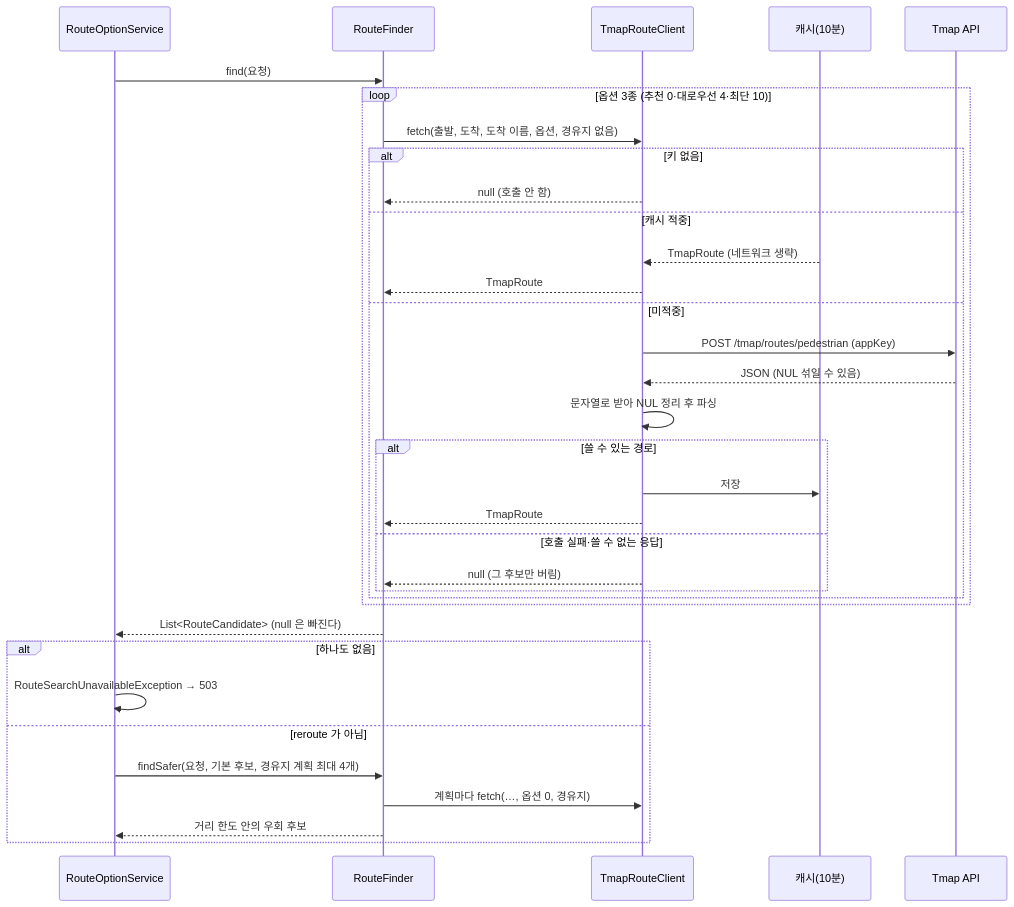
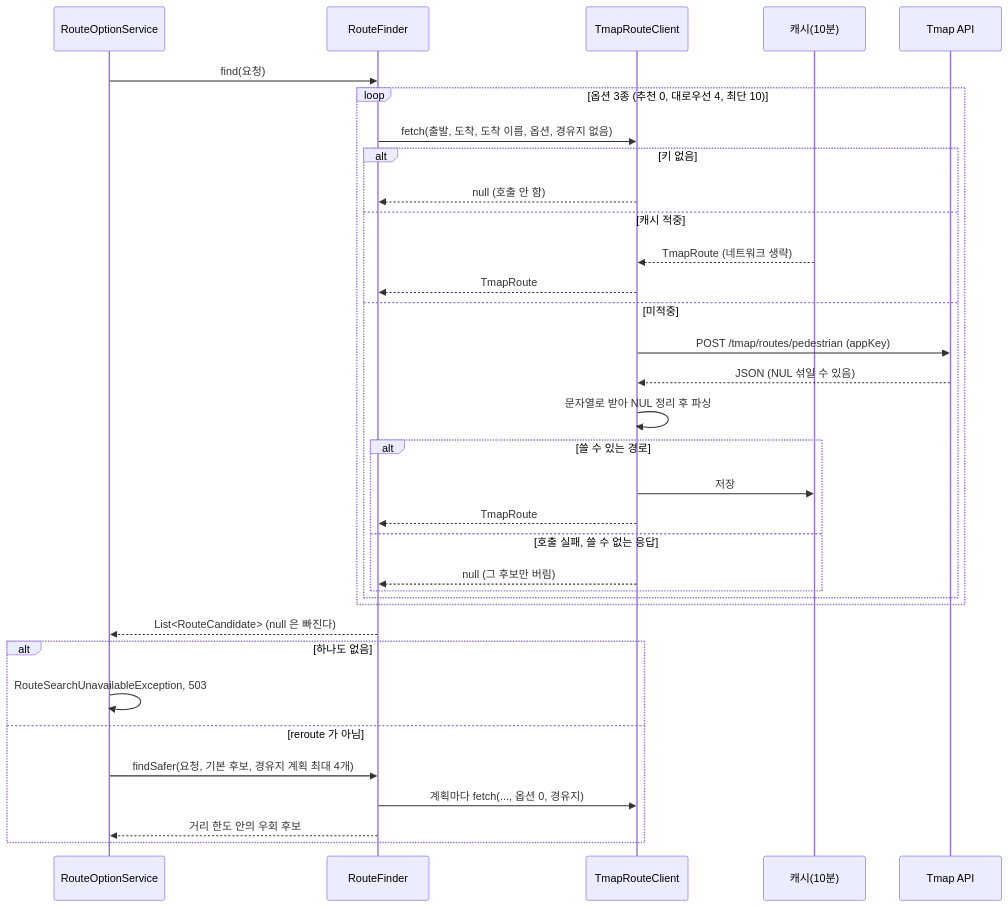
One commit to soo-ai-agent/bueongi-backend changed the second of 3 diagrams in docs/EXTERNAL_SERVICES.md. Above: the diagram before and after it, drawn with Mermaid. The commit also changed other lines of this file and 1 other file, not shown here.

````diff
--- a/docs/EXTERNAL_SERVICES.md
+++ b/docs/EXTERNAL_SERVICES.md
@@ -163,37 +207,37 @@
 ```mermaid
 sequenceDiagram
     participant S as RouteOptionService
     participant F as RouteFinder
     participant C as TmapRouteClient
     participant Cache as 캐시(10분)
     participant T as Tmap API
 
     S->>F: find(요청)
-    loop 옵션 3종 (추천 0·대로우선 4·최단 10)
+    loop 옵션 3종 (추천 0, 대로우선 4, 최단 10)
         F->>C: fetch(출발, 도착, 도착 이름, 옵션, 경유지 없음)
         alt 키 없음
             C-->>F: null (호출 안 함)
         else 캐시 적중
             Cache-->>C: TmapRoute (네트워크 생략)
             C-->>F: TmapRoute
         else 미적중
             C->>T: POST /tmap/routes/pedestrian (appKey)
             T-->>C: JSON (NUL 섞일 수 있음)
             C->>C: 문자열로 받아 NUL 정리 후 파싱
             alt 쓸 수 있는 경로
                 C->>Cache: 저장
                 C-->>F: TmapRoute
-            else 호출 실패·쓸 수 없는 응답
+            else 호출 실패, 쓸 수 없는 응답
                 C-->>F: null (그 후보만 버림)
             end
         end
     end
     F-->>S: List<RouteCandidate> (null 은 빠진다)
     alt 하나도 없음
-        S->>S: RouteSearchUnavailableException → 503
+        S->>S: RouteSearchUnavailableException, 503
     else reroute 가 아님
         S->>F: findSafer(요청, 기본 후보, 경유지 계획 최대 4개)
-        F->>C: 계획마다 fetch(…, 옵션 0, 경유지)
+        F->>C: 계획마다 fetch(..., 옵션 0, 경유지)
         F-->>S: 거리 한도 안의 우회 후보
     end
 ```
````
